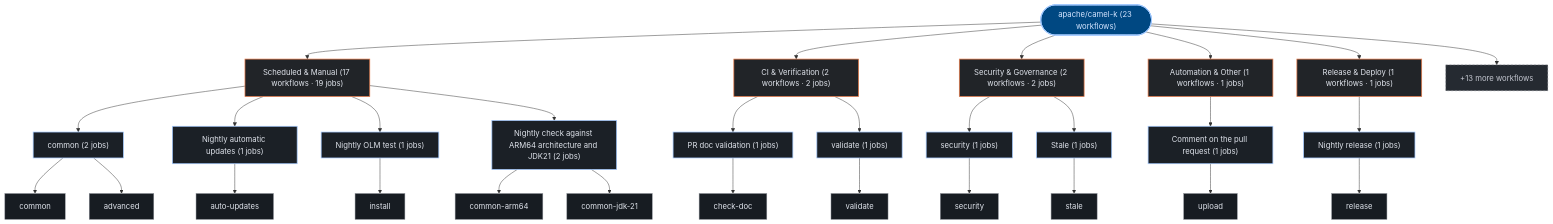
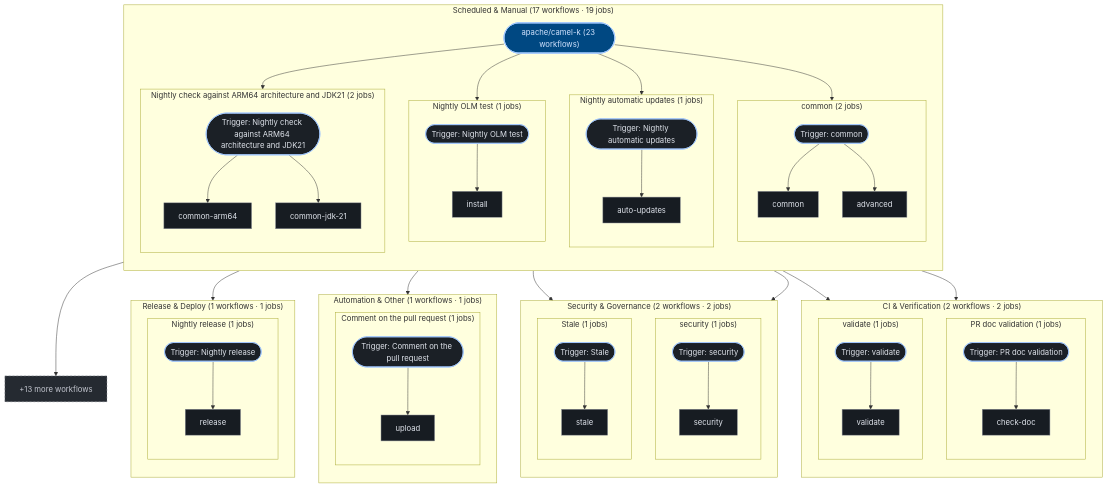
Before and after one commit to kumarshaz/atruss-code-atlas: the third of 3 diagrams in exports/latest/reports/apache-camel-k-report.md, drawn with Mermaid. The commit also changed 181 other files, not shown here.

````diff
--- a/exports/latest/reports/apache-camel-k-report.md
+++ b/exports/latest/reports/apache-camel-k-report.md
@@ -377,60 +377,95 @@
   classDef atlasAlert fill:#93000a,stroke:#ffb4ab,stroke-width:1.5px,color:#ffdad6
   classDef atlasMore fill:#252a31,stroke:#8d9199,stroke-dasharray:4 4,color:#c3c6cf
   pipeline_root(["apache/camel-k (23 workflows)"]):::atlasRoot
-  grp_0_Scheduled___Manual["Scheduled & Manual (17 workflows · 19 jobs)"]:::atlasCategory
-  pipeline_root --> grp_0_Scheduled___Manual
-  wf_5_common["common (2 jobs)"]:::atlasWorkflow
-  grp_0_Scheduled___Manual --> wf_5_common
-  job_5_common["common"]:::atlasJob
-  job_5_advanced["advanced"]:::atlasJob
-  wf_5_common --> job_5_common
-  wf_5_common --> job_5_advanced
-  wf_13_Nightly_automatic_updates["Nightly automatic updates (1 jobs)"]:::atlasWorkflow
-  grp_0_Scheduled___Manual --> wf_13_Nightly_automatic_updates
-  job_13_auto_updates["auto-updates"]:::atlasJob
-  wf_13_Nightly_automatic_updates --> job_13_auto_updates
-  wf_14_Nightly_OLM_test["Nightly OLM test (1 jobs)"]:::atlasWorkflow
-  grp_0_Scheduled___Manual --> wf_14_Nightly_OLM_test
-  job_14_install["install"]:::atlasJob
-  wf_14_Nightly_OLM_test --> job_14_install
-  wf_15_Nightly_check_against_ARM64_architecture_and_JDK21["Nightly check against ARM64 architecture and JDK21 (2 jobs)"]:::atlasWorkflow
-  grp_0_Scheduled___Manual --> wf_15_Nightly_check_against_ARM64_architecture_and_JDK21
-  job_15_common_arm64["common-arm64"]:::atlasJob
-  job_15_common_jdk_21["common-jdk-21"]:::atlasJob
-  wf_15_Nightly_check_against_ARM64_architecture_and_JDK21 --> job_15_common_arm64
-  wf_15_Nightly_check_against_ARM64_architecture_and_JDK21 --> job_15_common_jdk_21
-  grp_1_CI___Verification["CI & Verification (2 workflows · 2 jobs)"]:::atlasCategory
-  pipeline_root --> grp_1_CI___Verification
-  wf_17_PR_doc_validation["PR doc validation (1 jobs)"]:::atlasWorkflow
-  grp_1_CI___Verification --> wf_17_PR_doc_validation
-  job_17_check_doc["check-doc"]:::atlasJob
-  wf_17_PR_doc_validation --> job_17_check_doc
-  wf_22_validate["validate (1 jobs)"]:::atlasWorkflow
-  grp_1_CI___Verification --> wf_22_validate
-  job_22_validate["validate"]:::atlasJob
-  wf_22_validate --> job_22_validate
-  grp_2_Security___Governance["Security & Governance (2 workflows · 2 jobs)"]:::atlasCategory
-  pipeline_root --> grp_2_Security___Governance
-  wf_18_security["security (1 jobs)"]:::atlasWorkflow
-  grp_2_Security___Governance --> wf_18_security
-  job_18_security["security"]:::atlasJob
-  wf_18_security --> job_18_security
-  wf_19_Stale["Stale (1 jobs)"]:::atlasWorkflow
-  grp_2_Security___Governance --> wf_19_Stale
-  job_19_stale["stale"]:::atlasJob
-  wf_19_Stale --> job_19_stale
-  grp_3_Automation___Other["Automation & Other (1 workflows · 1 jobs)"]:::atlasCategory
-  pipeline_root --> grp_3_Automation___Other
-  wf_4_Comment_on_the_pull_request["Comment on the pull request (1 jobs)"]:::atlasWorkflow
-  grp_3_Automation___Other --> wf_4_Comment_on_the_pull_request
-  job_4_upload["upload"]:::atlasJob
-  wf_4_Comment_on_the_pull_request --> job_4_upload
-  grp_4_Release___Deploy["Release & Deploy (1 workflows · 1 jobs)"]:::atlasCategory
-  pipeline_root --> grp_4_Release___Deploy
-  wf_16_Nightly_release["Nightly release (1 jobs)"]:::atlasWorkflow
-  grp_4_Release___Deploy --> wf_16_Nightly_release
-  job_16_release["release"]:::atlasJob
-  wf_16_Nightly_release --> job_16_release
+  subgraph sg_grp_0_Scheduled___Manual["Scheduled & Manual (17 workflows · 19 jobs)"]
+    direction TB
+    subgraph sg_wf_5_common["common (2 jobs)"]
+      direction TB
+      wf_5_common(["Trigger: common"]):::atlasWorkflow
+      job_5_common["common"]:::atlasJob
+      job_5_advanced["advanced"]:::atlasJob
+      wf_5_common --> job_5_common
+      wf_5_common --> job_5_advanced
+    end
+    pipeline_root --> wf_5_common
+    subgraph sg_wf_13_Nightly_automatic_updates["Nightly automatic updates (1 jobs)"]
+      direction TB
+      wf_13_Nightly_automatic_updates(["Trigger: Nightly automatic updates"]):::atlasWorkflow
+      job_13_auto_updates["auto-updates"]:::atlasJob
+      wf_13_Nightly_automatic_updates --> job_13_auto_updates
+    end
+    pipeline_root --> wf_13_Nightly_automatic_updates
+    subgraph sg_wf_14_Nightly_OLM_test["Nightly OLM test (1 jobs)"]
+      direction TB
+      wf_14_Nightly_OLM_test(["Trigger: Nightly OLM test"]):::atlasWorkflow
+      job_14_install["install"]:::atlasJob
+      wf_14_Nightly_OLM_test --> job_14_install
+    end
+    pipeline_root --> wf_14_Nightly_OLM_test
+    subgraph sg_wf_15_Nightly_check_against_ARM64_architecture_and_JDK21["Nightly check against ARM64 architecture and JDK21 (2 jobs)"]
+      direction TB
+      wf_15_Nightly_check_against_ARM64_architecture_and_JDK21(["Trigger: Nightly check against ARM64 architecture and JDK21"]):::atlasWorkflow
+      job_15_common_arm64["common-arm64"]:::atlasJob
+      job_15_common_jdk_21["common-jdk-21"]:::atlasJob
+      wf_15_Nightly_check_against_ARM64_architecture_and_JDK21 --> job_15_common_arm64
+      wf_15_Nightly_check_against_ARM64_architecture_and_JDK21 --> job_15_common_jdk_21
+    end
+    pipeline_root --> wf_15_Nightly_check_against_ARM64_architecture_and_JDK21
+  end
+  subgraph sg_grp_1_CI___Verification["CI & Verification (2 workflows · 2 jobs)"]
+    direction TB
+    subgraph sg_wf_17_PR_doc_validation["PR doc validation (1 jobs)"]
+      direction TB
+      wf_17_PR_doc_validation(["Trigger: PR doc validation"]):::atlasWorkflow
+      job_17_check_doc["check-doc"]:::atlasJob
+      wf_17_PR_doc_validation --> job_17_check_doc
+    end
+    pipeline_root --> wf_17_PR_doc_validation
+    subgraph sg_wf_22_validate["validate (1 jobs)"]
+      direction TB
+      wf_22_validate(["Trigger: validate"]):::atlasWorkflow
+      job_22_validate["validate"]:::atlasJob
+      wf_22_validate --> job_22_validate
+    end
+    pipeline_root --> wf_22_validate
+  end
+  subgraph sg_grp_2_Security___Governance["Security & Governance (2 workflows · 2 jobs)"]
+    direction TB
+    subgraph sg_wf_18_security["security (1 jobs)"]
+      direction TB
+      wf_18_security(["Trigger: security"]):::atlasWorkflow
+      job_18_security["security"]:::atlasJob
+      wf_18_security --> job_18_security
+    end
+    pipeline_root --> wf_18_security
+    subgraph sg_wf_19_Stale["Stale (1 jobs)"]
+      direction TB
+      wf_19_Stale(["Trigger: Stale"]):::atlasWorkflow
+      job_19_stale["stale"]:::atlasJob
+      wf_19_Stale --> job_19_stale
+    end
+    pipeline_root --> wf_19_Stale
+  end
+  subgraph sg_grp_3_Automation___Other["Automation & Other (1 workflows · 1 jobs)"]
+    direction TB
+    subgraph sg_wf_4_Comment_on_the_pull_request["Comment on the pull request (1 jobs)"]
+      direction TB
+      wf_4_Comment_on_the_pull_request(["Trigger: Comment on the pull request"]):::atlasWorkflow
+      job_4_upload["upload"]:::atlasJob
+      wf_4_Comment_on_the_pull_request --> job_4_upload
+    end
+    pipeline_root --> wf_4_Comment_on_the_pull_request
+  end
+  subgraph sg_grp_4_Release___Deploy["Release & Deploy (1 workflows · 1 jobs)"]
+    direction TB
+    subgraph sg_wf_16_Nightly_release["Nightly release (1 jobs)"]
+      direction TB
+      wf_16_Nightly_release(["Trigger: Nightly release"]):::atlasWorkflow
+      job_16_release["release"]:::atlasJob
+      wf_16_Nightly_release --> job_16_release
+    end
+    pipeline_root --> wf_16_Nightly_release
+  end
   wf_more["+13 more workflows"]:::atlasMore
   pipeline_root --> wf_more
 ```
````
